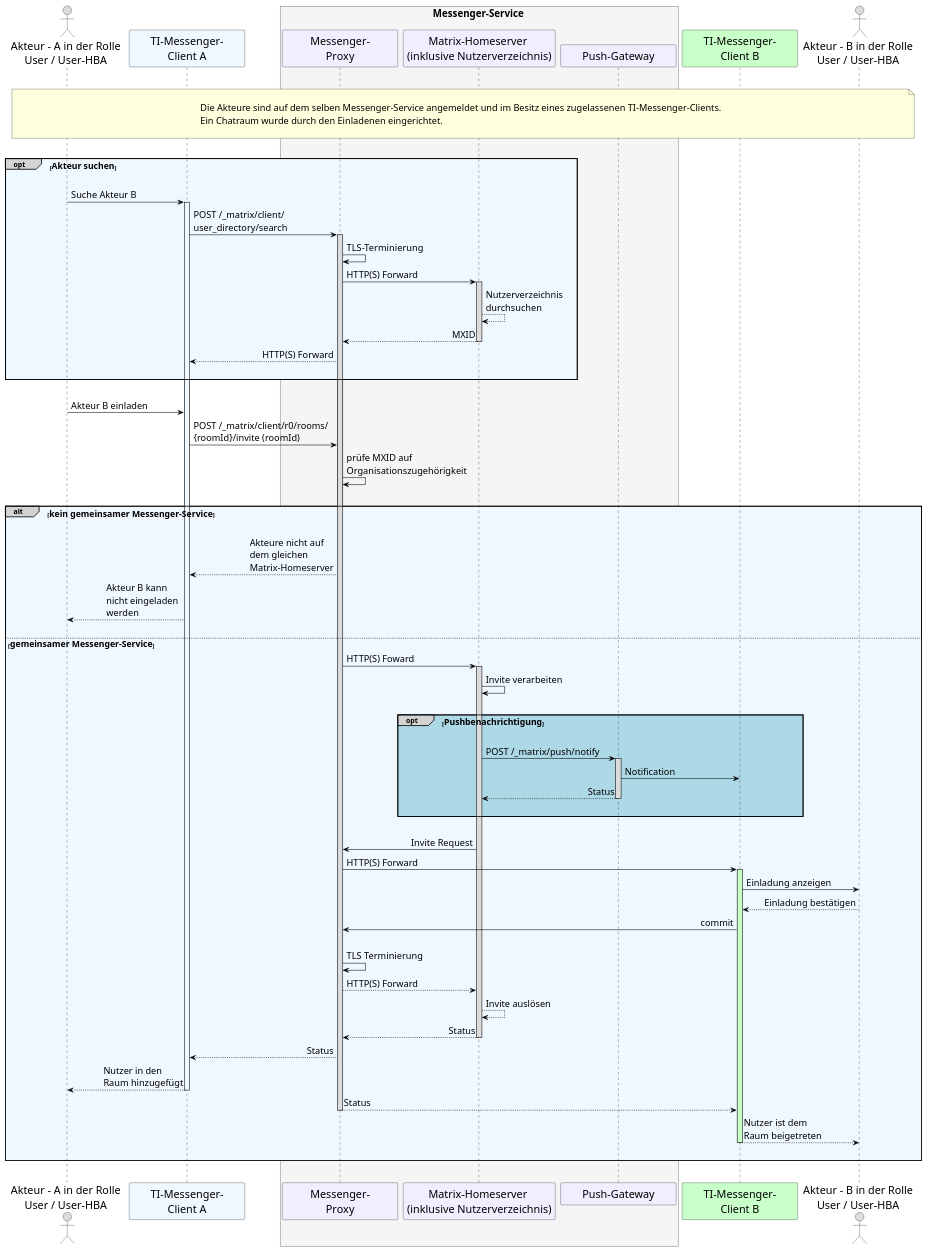
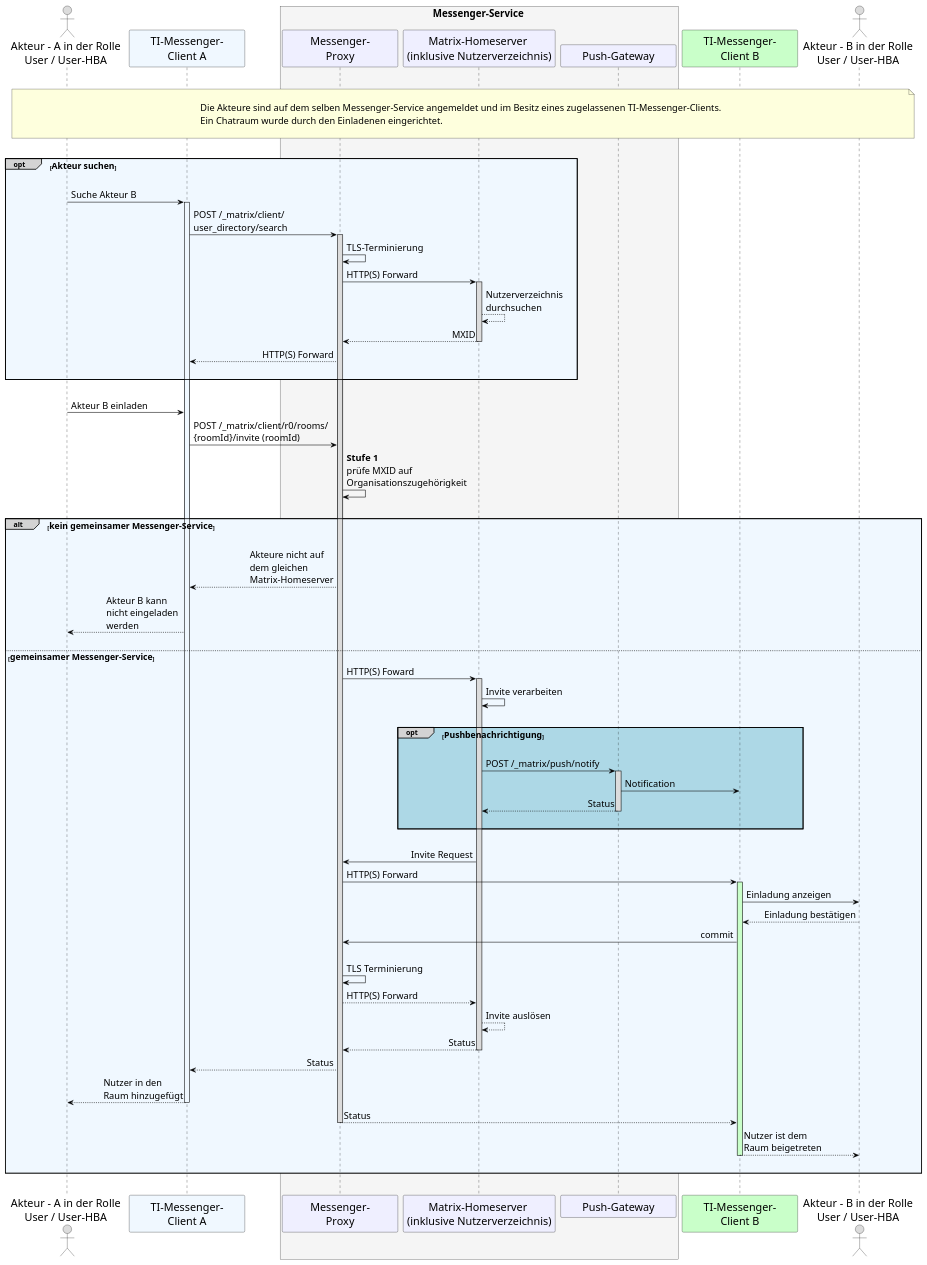
The diagram in src/plantuml/TI-Messenger-Dienst/Ressourcen/UC_10104_Seq.puml (gematik/api-ti-messenger), drawn with PlantUML before and after one commit. The commit also changed other lines of this file, not shown here.

```diff
--- a/src/plantuml/TI-Messenger-Dienst/Ressourcen/UC_10104_Seq.puml
+++ b/src/plantuml/TI-Messenger-Dienst/Ressourcen/UC_10104_Seq.puml
@@ -9,109 +9,109 @@
 @startuml
 skinparam sequenceMessageAlign direction
 skinparam minClassWidth 200
 skinparam BoxPadding 1
 skinparam sequenceReferenceHeaderBackgroundColor palegreen
 scale max 2048 width
 
 skinparam sequence {
 ArrowColor black
 ArrowFontSize 17
 ActorBorderColor black
 LifeLineBorderColor black
 LifeLineBackgroundColor Gainsboro
 
 ParticipantBorderColor Motivation
 ParticipantBackgroundColor Motivation
 ParticipantFontName Impact
 ParticipantFontSize 20
 ParticipantFontColor black
 ParticipantBorderColor Black
 ParticipantBackgroundColor MOTIVATION
 
 ActorBackgroundColor Gainsboro
 ActorFontColor black
 ActorFontSize 20
 ActorFontName Aapex
 }
     actor U1 as "Akteur - A in der Rolle\nUser / User-HBA"
     participant C1 as "TI-Messenger-\nClient A" #AliceBlue
     box <size:18>Messenger-Service</size> #WhiteSmoke
       participant MP as "Messenger-\nProxy"
       participant MH as "Matrix-Homeserver \n(inklusive Nutzerverzeichnis)"
       participant PG as "Push-Gateway"
     end box
     participant C2 as "TI-Messenger-\nClient B"#TECHNOLOGY
     actor U2 as "Akteur - B in der Rolle\nUser / User-HBA"
     
 |||
 note over U1, U2: \n<size:17>Die Akteure sind auf dem selben Messenger-Service angemeldet und im Besitz eines zugelassenen TI-Messenger-Clients.\n<size:17>Ein Chatraum wurde durch den Einladenen eingerichtet.</size>\n
 |||
 
     opt#LightGrey #AliceBlue <size:16>Akteur suchen</size>
     |||
     U1->C1: Suche Akteur B
       activate C1 #AliceBlue
     C1->MP: POST /_matrix/client/\nuser_directory/search
       activate MP
     MP->MP: TLS-Terminierung
     MP->MH: HTTP(S) Forward
       activate MH
     MH-->MH: Nutzerverzeichnis \ndurchsuchen
     MH-->MP: MXID
       deactivate MH
     MP-->C1: HTTP(S) Forward
     |||
     end
     
     |||
     U1->C1: Akteur B einladen
     C1->MP: POST /_matrix/client/r0/rooms/\n{roomId}/invite (roomId)
-    MP->MP: prüfe MXID auf \nOrganisationszugehörigkeit
+    MP->MP: **Stufe 1** \nprüfe MXID auf \nOrganisationszugehörigkeit
     |||
     
     alt#LightGrey #AliceBlue <size:16>kein gemeinsamer Messenger-Service</size>
       |||
       MP-->C1: Akteure nicht auf \ndem gleichen \nMatrix-Homeserver
       C1-->U1: Akteur B kann \nnicht eingeladen \nwerden
       |||
     
       else <size:16>gemeinsamer Messenger-Service</size>
     
       MP->MH: HTTP(S) Foward
         activate MH
       MH->MH: Invite verarbeiten
       |||
         opt#LightGrey #LightBlue <size:16>Pushbenachrichtigung</size>
           |||
           MH->PG: POST /_matrix/push/notify
             activate PG
           PG->C2: Notification
           PG-->MH: Status
             deactivate PG
         |||
         end
         |||
           MH->MP: Invite Request
           MP->C2: HTTP(S) Forward
             activate C2 #TECHNOLOGY
           C2->U2: Einladung anzeigen
           U2-->C2: Einladung bestätigen
           C2->MP: commit
           |||
           MP->MP: TLS Terminierung
           MP-->MH: HTTP(S) Forward
           MH-->MH: Invite auslösen
           MH-->MP: Status
             deactivate MH
           MP-->C1: Status
           C1-->U1: Nutzer in den \nRaum hinzugefügt
             deactivate C1
           MP-->C2: Status
             deactivate MP
           C2-->U2: Nutzer ist dem \nRaum beigetreten
             deactivate C2
 
         |||
         end
  |||
 @enduml
```
